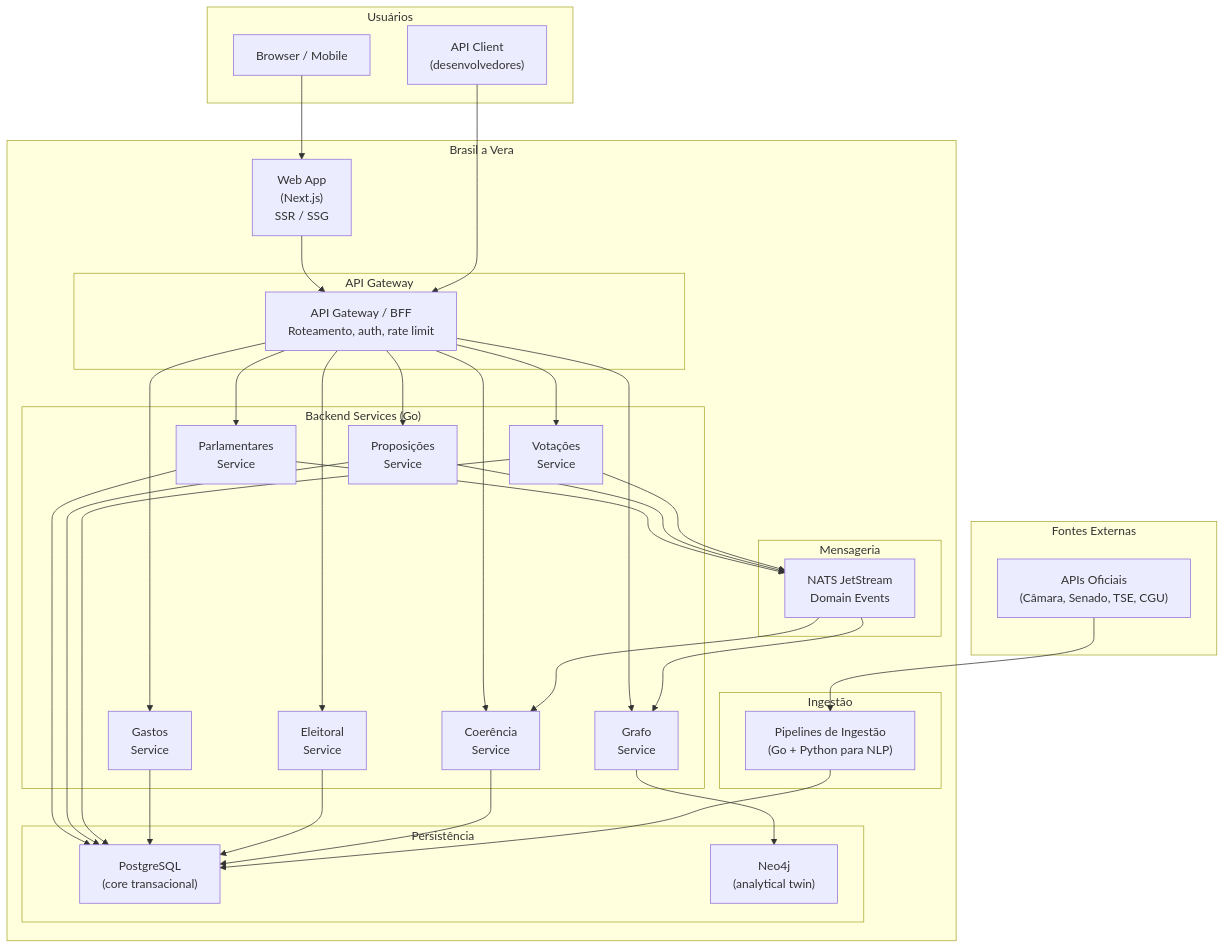
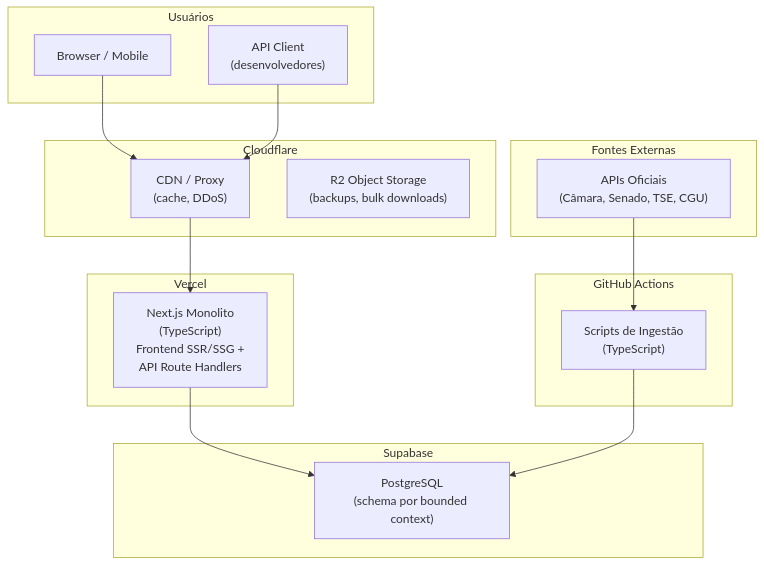
One commit to FabioCaffarello/brasil-a-vera changed the second of 5 diagrams in docs/architecture/C4-DIAGRAMS.md. Above: the diagram before and after it, drawn with Mermaid. The commit also changed other lines of this file and 16 other files, not shown here.

First line of the commit message:
docs(architecture): apply Monolith First decisions across all documentation

````diff
--- a/docs/architecture/C4-DIAGRAMS.md
+++ b/docs/architecture/C4-DIAGRAMS.md
@@ -64,71 +65,35 @@
 ```mermaid
 graph TB
     subgraph "Usuários"
         BROWSER["Browser / Mobile"]
         API_CLIENT["API Client<br/>(desenvolvedores)"]
     end
 
-    subgraph "Brasil a Vera"
-        WEB["Web App<br/>(Next.js)<br/>SSR / SSG"]
-        
-        subgraph "Backend Services (Go)"
-            SVC_PARL["Parlamentares<br/>Service"]
-            SVC_PROP["Proposições<br/>Service"]
-            SVC_VOTA["Votações<br/>Service"]
-            SVC_GAST["Gastos<br/>Service"]
-            SVC_ELEI["Eleitoral<br/>Service"]
-            SVC_COER["Coerência<br/>Service"]
-            SVC_GRAF["Grafo<br/>Service"]
-        end
+    subgraph "Vercel"
+        NEXT["Next.js Monolito<br/>(TypeScript)<br/>Frontend SSR/SSG +<br/>API Route Handlers"]
+    end
 
-        subgraph "API Gateway"
-            GW["API Gateway / BFF<br/>Roteamento, auth, rate limit"]
-        end
+    subgraph "Supabase"
+        PG["PostgreSQL<br/>(schema por bounded context)"]
+    end
 
-        subgraph "Mensageria"
-            NATS["NATS JetStream<br/>Domain Events"]
-        end
+    subgraph "GitHub Actions"
+        ING["Scripts de Ingestão<br/>(TypeScript)"]
+    end
 
-        subgraph "Persistência"
-            PG["PostgreSQL<br/>(core transacional)"]
-            NEO["Neo4j<br/>(analytical twin)"]
-        end
-
-        subgraph "Ingestão"
-            ING["Pipelines de Ingestão<br/>(Go + Python para NLP)"]
-        end
+    subgraph "Cloudflare"
+        CF["CDN / Proxy<br/>(cache, DDoS)"]
+        R2["R2 Object Storage<br/>(backups, bulk downloads)"]
     end
 
     subgraph "Fontes Externas"
         EXT["APIs Oficiais<br/>(Câmara, Senado, TSE, CGU)"]
     end
 
-    BROWSER --> WEB
-    WEB --> GW
-    API_CLIENT --> GW
-
-    GW --> SVC_PARL
-    GW --> SVC_PROP
-    GW --> SVC_VOTA
-    GW --> SVC_GAST
-    GW --> SVC_ELEI
-    GW --> SVC_COER
-    GW --> SVC_GRAF
-
-    SVC_PARL --> PG
-    SVC_PROP --> PG
-    SVC_VOTA --> PG
-    SVC_GAST --> PG
-    SVC_ELEI --> PG
-    SVC_COER --> PG
-    SVC_GRAF --> NEO
-
-    SVC_PARL --> NATS
-    SVC_PROP --> NATS
-    SVC_VOTA --> NATS
-    NATS --> SVC_COER
-    NATS --> SVC_GRAF
-
+    BROWSER --> CF
+    API_CLIENT --> CF
+    CF --> NEXT
+    NEXT --> PG
     ING --> PG
     EXT --> ING
 ```
````
